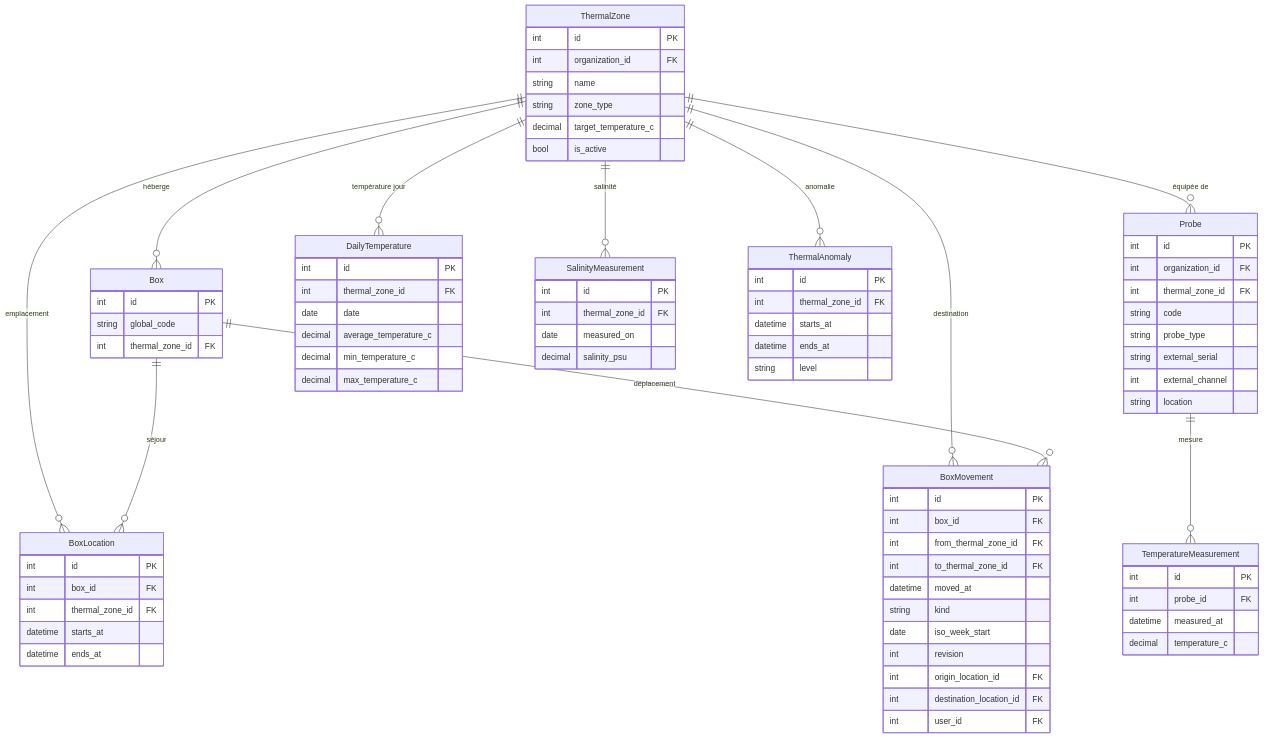
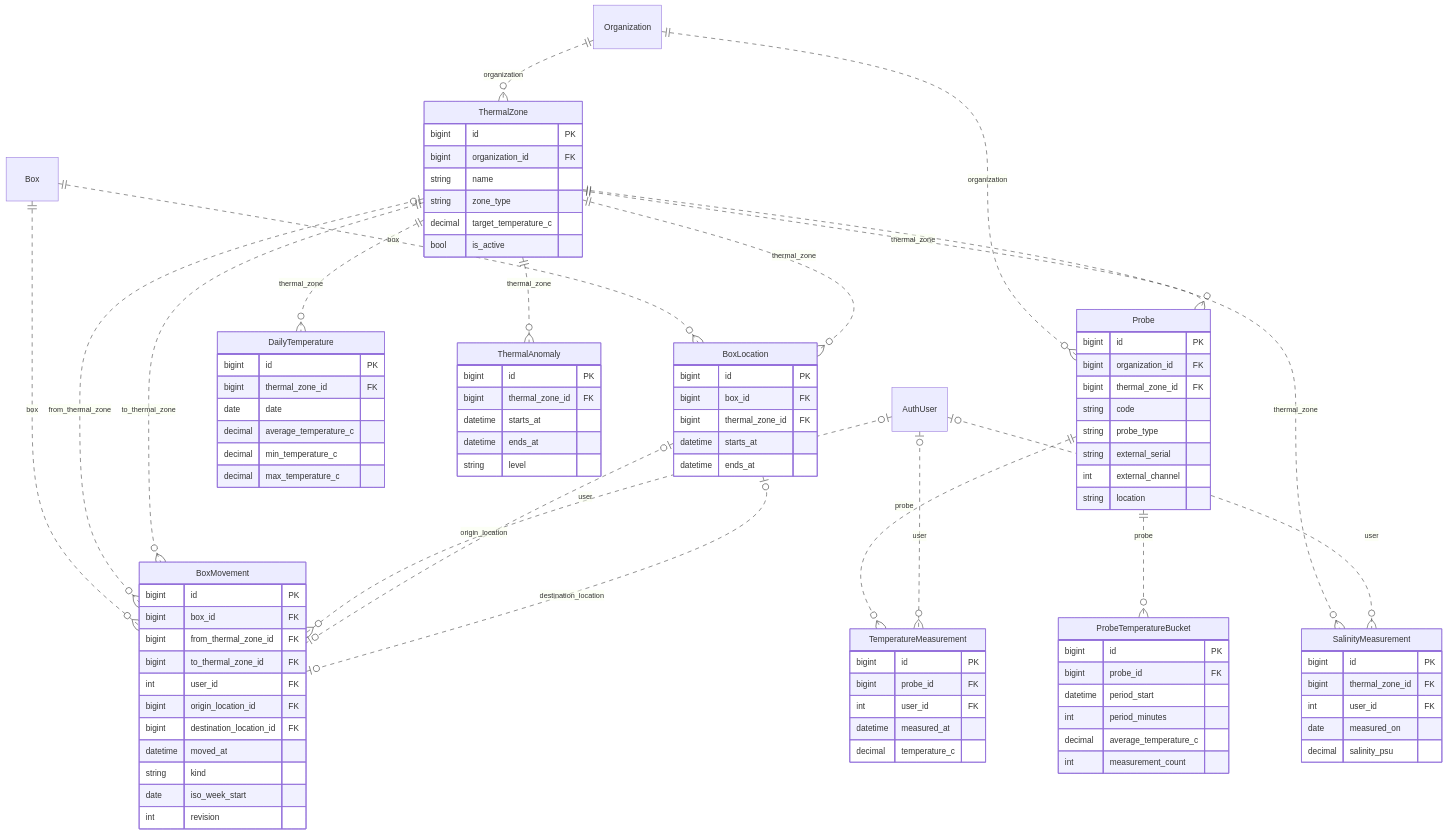
The second of 8 diagrams in docs/mcd/schema_bdd.md (Anthony2210/POLYPBASE), drawn with Mermaid before and after one commit. The commit also changed other lines of this file and 25 other files, not shown here.

````diff
--- a/docs/mcd/schema_bdd.md
+++ b/docs/mcd/schema_bdd.md
@@ -159,53 +182,56 @@
 ```mermaid
 erDiagram
-    ThermalZone ||--o{ Box : "héberge"
-    ThermalZone ||--o{ BoxLocation : "emplacement"
-    ThermalZone ||--o{ BoxMovement : "destination"
-    ThermalZone ||--o{ Probe : "équipée de"
-    ThermalZone ||--o{ DailyTemperature : "température jour"
-    ThermalZone ||--o{ SalinityMeasurement : "salinité"
-    ThermalZone ||--o{ ThermalAnomaly : "anomalie"
-    Box ||--o{ BoxLocation : "séjour"
-    Box ||--o{ BoxMovement : "déplacement"
-    Probe ||--o{ TemperatureMeasurement : "mesure"
+    Organization ||..o{ ThermalZone : "organization"
+    Box ||..o{ BoxLocation : "box"
+    ThermalZone ||..o{ BoxLocation : "thermal_zone"
+    Box ||..o{ BoxMovement : "box"
+    ThermalZone |o..o{ BoxMovement : "from_thermal_zone"
+    ThermalZone ||..o{ BoxMovement : "to_thermal_zone"
+    AuthUser |o..o{ BoxMovement : "user"
+    BoxLocation |o..o| BoxMovement : "origin_location"
+    BoxLocation |o..o| BoxMovement : "destination_location"
+    Organization ||..o{ Probe : "organization"
+    ThermalZone ||..o{ Probe : "thermal_zone"
+    Probe ||..o{ TemperatureMeasurement : "probe"
+    AuthUser |o..o{ TemperatureMeasurement : "user"
+    Probe ||..o{ ProbeTemperatureBucket : "probe"
+    ThermalZone ||..o{ DailyTemperature : "thermal_zone"
+    ThermalZone ||..o{ SalinityMeasurement : "thermal_zone"
+    AuthUser |o..o{ SalinityMeasurement : "user"
+    ThermalZone ||..o{ ThermalAnomaly : "thermal_zone"
 
     ThermalZone {
-        int id PK
-        int organization_id FK
+        bigint id PK
+        bigint organization_id FK
         string name
         string zone_type
         decimal target_temperature_c
         bool is_active
     }
-    Box {
-        int id PK
-        string global_code
-        int thermal_zone_id FK
-    }
     BoxLocation {
-        int id PK
-        int box_id FK
-        int thermal_zone_id FK
+        bigint id PK
+        bigint box_id FK
+        bigint thermal_zone_id FK
         datetime starts_at
         datetime ends_at
     }
     BoxMovement {
-        int id PK
-        int box_id FK
-        int from_thermal_zone_id FK
-        int to_thermal_zone_id FK
+        bigint id PK
+        bigint box_id FK
+        bigint from_thermal_zone_id FK
+        bigint to_thermal_zone_id FK
+        int user_id FK
+        bigint origin_location_id FK
+        bigint destination_location_id FK
         datetime moved_at
         string kind
         date iso_week_start
         int revision
-        int origin_location_id FK
-        int destination_location_id FK
-        int user_id FK
     }
     Probe {
-        int id PK
-        int organization_id FK
-        int thermal_zone_id FK
+        bigint id PK
+        bigint organization_id FK
+        bigint thermal_zone_id FK
         string code
         string probe_type
         string external_serial
@@ -213,28 +239,38 @@
         string location
     }
     TemperatureMeasurement {
-        int id PK
-        int probe_id FK
+        bigint id PK
+        bigint probe_id FK
+        int user_id FK
         datetime measured_at
         decimal temperature_c
     }
+    ProbeTemperatureBucket {
+        bigint id PK
+        bigint probe_id FK
+        datetime period_start
+        int period_minutes
+        decimal average_temperature_c
+        int measurement_count
+    }
     DailyTemperature {
-        int id PK
-        int thermal_zone_id FK
+        bigint id PK
+        bigint thermal_zone_id FK
         date date
         decimal average_temperature_c
         decimal min_temperature_c
         decimal max_temperature_c
     }
     SalinityMeasurement {
-        int id PK
-        int thermal_zone_id FK
+        bigint id PK
+        bigint thermal_zone_id FK
+        int user_id FK
         date measured_on
         decimal salinity_psu
     }
     ThermalAnomaly {
-        int id PK
-        int thermal_zone_id FK
+        bigint id PK
+        bigint thermal_zone_id FK
         datetime starts_at
         datetime ends_at
         string level
````
